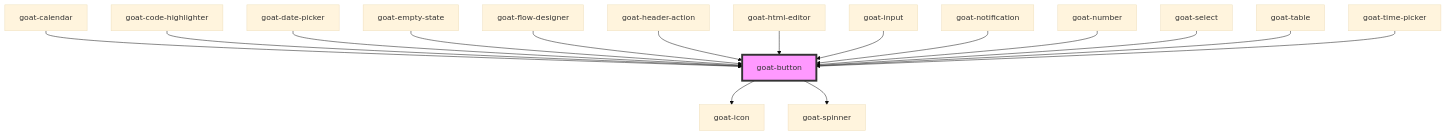
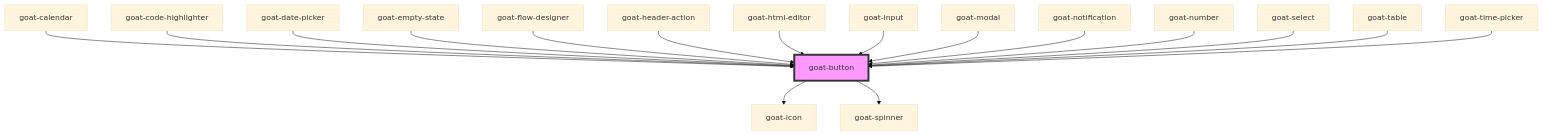
One commit to goatui/components changed the diagram in src/components/general/button/readme.md. Above: the diagram before and after it, drawn with Mermaid (base theme). The commit also changed other lines of this file and 14 other files, not shown here.

````diff
--- a/src/components/general/button/readme.md
+++ b/src/components/general/button/readme.md
@@ -95,19 +96,20 @@
 ```mermaid
 graph TD;
   goat-button --> goat-icon
   goat-button --> goat-spinner
   goat-calendar --> goat-button
   goat-code-highlighter --> goat-button
   goat-date-picker --> goat-button
   goat-empty-state --> goat-button
   goat-flow-designer --> goat-button
   goat-header-action --> goat-button
   goat-html-editor --> goat-button
   goat-input --> goat-button
+  goat-modal --> goat-button
   goat-notification --> goat-button
   goat-number --> goat-button
   goat-select --> goat-button
   goat-table --> goat-button
   goat-time-picker --> goat-button
   style goat-button fill:#f9f,stroke:#333,stroke-width:4px
 ```
````
